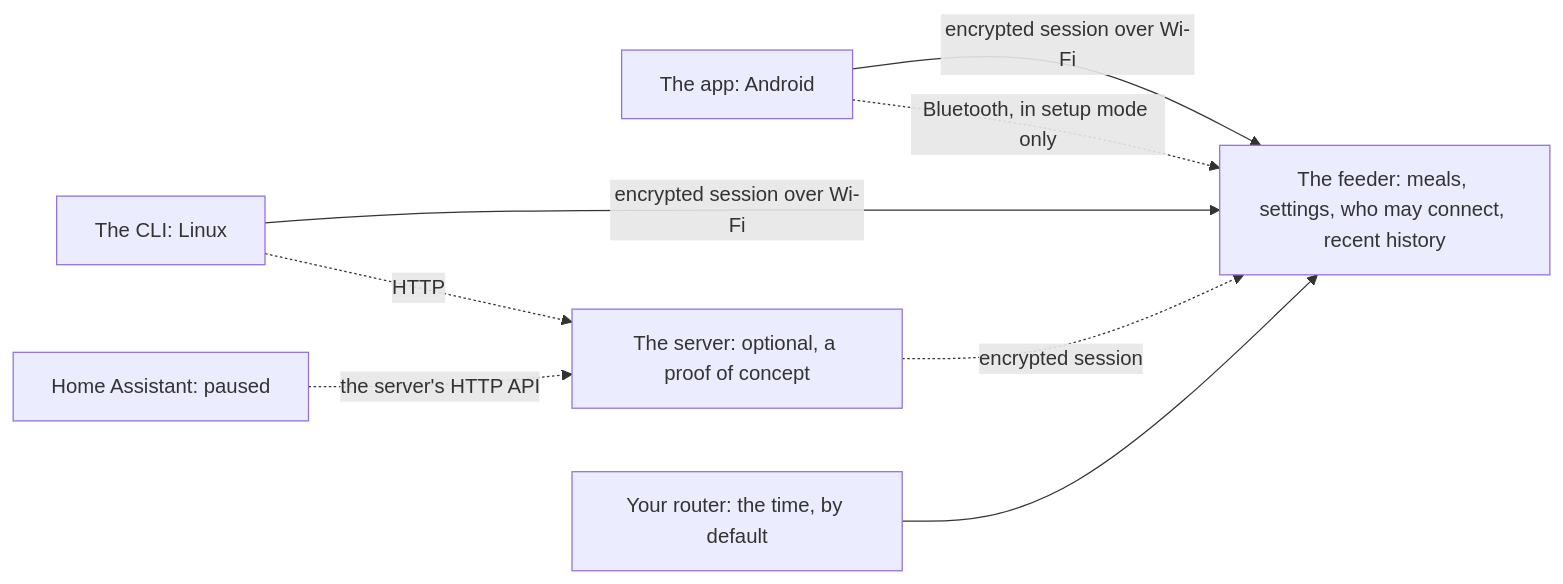
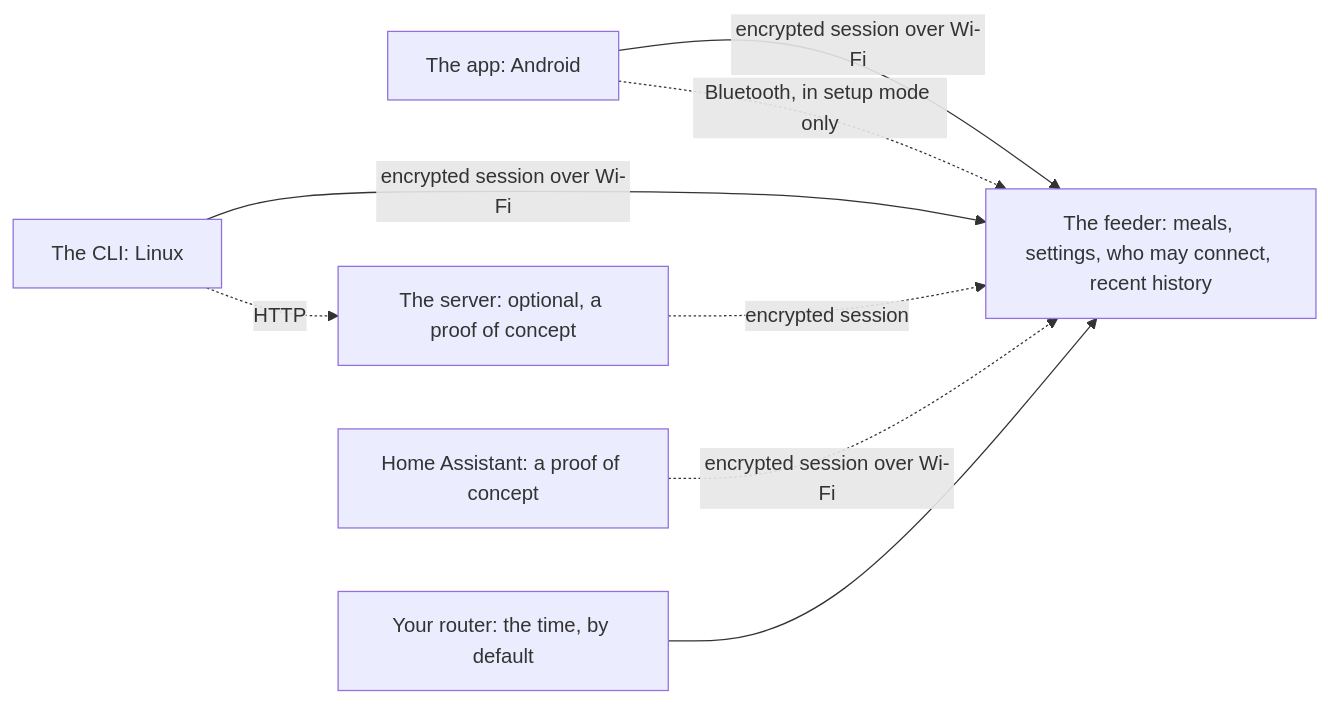
The first of 3 diagrams in docs/guide/how-it-works/system.md (Isaac-Duarte/wellfed), drawn with Mermaid before and after one commit. The commit also changed other lines of this file and 38 other files, not shown here.

First line of the commit message:
Pair Home Assistant with a feeder directly, as a proof of concept

````diff
--- a/docs/guide/how-it-works/system.md
+++ b/docs/guide/how-it-works/system.md
@@ -11,11 +11,11 @@
 ```mermaid
 %% svg: system-parts.svg
 flowchart LR
   app["The app: Android"] -->|encrypted session over Wi-Fi| feeder["The feeder: meals, settings, who may connect, recent history"]
   app -.->|Bluetooth, in setup mode only| feeder
   cli["The CLI: Linux"] -->|encrypted session over Wi-Fi| feeder
   server["The server: optional, a proof of concept"] -.->|encrypted session| feeder
   cli -.->|HTTP| server
-  ha["Home Assistant: paused"] -.->|the server's HTTP API| server
+  ha["Home Assistant: a proof of concept"] -.->|encrypted session over Wi-Fi| feeder
   router["Your router: the time, by default"] --> feeder
 ```
````
